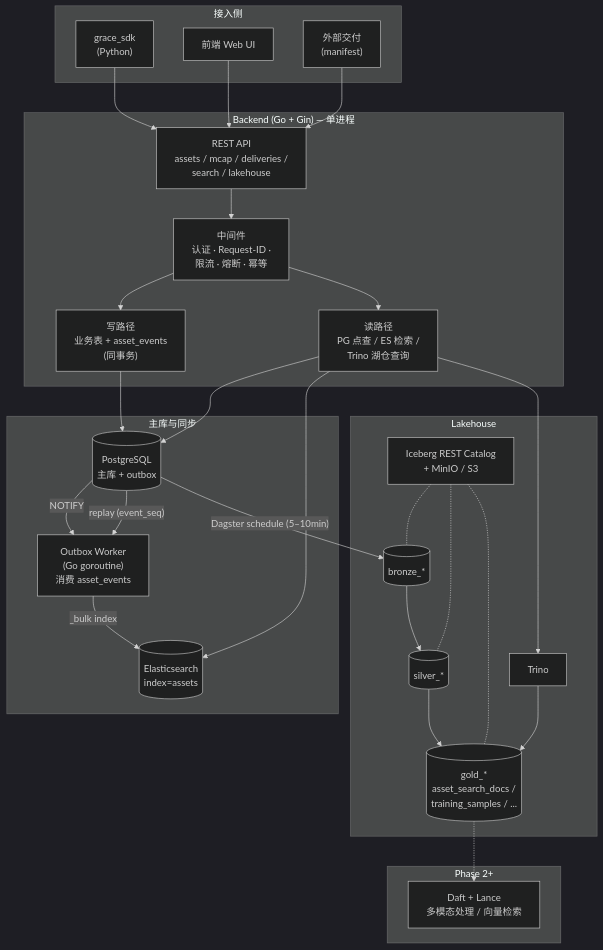
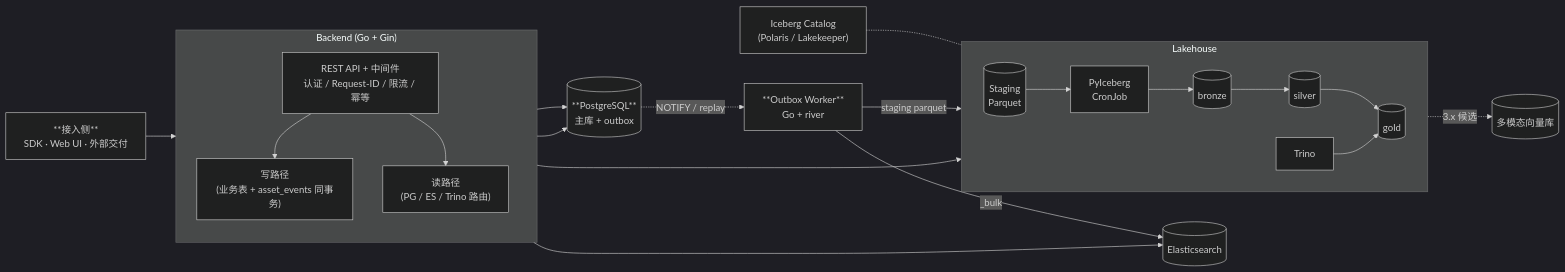
Before and after one commit to rouse2617/Databricks4robot: the first of 9 diagrams in docs/review/data-platform-design.md, drawn with Mermaid (dark theme). The commit also changed other lines of this file and 3 other files, not shown here.

First line of the commit message:
docs(review): switch to river/PyIceberg/Polaris stack, add capacity & UUIDv7 plan, compact diagrams

````diff
--- a/docs/review/data-platform-design.md
+++ b/docs/review/data-platform-design.md
@@ -88,58 +88,35 @@
 ```mermaid
-flowchart TD
-    subgraph Users["接入侧"]
-        SDK["grace_sdk<br/>(Python)"]
-        UI["前端 Web UI"]
-        Out["外部交付<br/>(manifest)"]
+flowchart LR
+    Users["**接入侧**<br/>SDK · Web UI · 外部交付"]
+
+    subgraph BE["Backend (Go + Gin)"]
+        direction TB
+        API["REST API + 中间件<br/>认证 / Request-ID / 限流 / 幂等"]
+        WR["写路径<br/>(业务表 + asset_events 同事务)"]
+        RD["读路径<br/>(PG / ES / Trino 路由)"]
+        API --> WR
+        API --> RD
     end
 
-    subgraph BE["Backend (Go + Gin) — 单进程"]
-        API["REST API<br/>assets / mcap / deliveries /<br/>search / lakehouse"]
-        MW["中间件<br/>认证 · Request-ID ·<br/>限流 · 熔断 · 幂等"]
-        WP["写路径<br/>业务表 + asset_events<br/>(同事务)"]
-        RP["读路径<br/>PG 点查 / ES 检索 /<br/>Trino 湖仓查询"]
-    end
-
-    subgraph Core["主库与同步"]
-        PG[("PostgreSQL<br/>主库 + outbox")]
-        Worker["Outbox Worker<br/>(Go goroutine)<br/>消费 asset_events"]
-        ES[("Elasticsearch<br/>index=assets")]
-    end
+    PG[("**PostgreSQL**<br/>主库 + outbox")]
+    Worker["**Outbox Worker**<br/>Go + river"]
+    ES[("Elasticsearch")]
 
     subgraph Lake["Lakehouse"]
-        Catalog["Iceberg REST Catalog<br/>+ MinIO / S3"]
-        Bronze[("bronze_*")]
-        Silver[("silver_*")]
-        Gold[("gold_*<br/>asset_search_docs /<br/>training_samples / ...")]
-        Trino["Trino"]
+        direction LR
+        Staging[("Staging<br/>Parquet")] --> Cron["PyIceberg<br/>CronJob"]
+        Cron --> Bronze[("bronze")] --> Silver[("silver")] --> Gold[("gold")]
+        Trino["Trino"] --> Gold
     end
+    Catalog["Iceberg Catalog<br/>(Polaris / Lakekeeper)"] -.- Bronze
 
-    subgraph P2["Phase 2+"]
-        Multi["Daft + Lance<br/>多模态处理 / 向量检索"]
-    end
-
-    SDK --> API
-    UI --> API
-    Out --> API
-    API --> MW
-    MW --> WP
-    MW --> RP
-
-    WP --> PG
-    PG -- "NOTIFY" --> Worker
-    Worker -- "_bulk index" --> ES
-    PG -- "replay (event_seq)" --> Worker
-
-    PG -- "Dagster schedule (5–10min)" --> Bronze
-    Bronze --> Silver --> Gold
-    Catalog -.- Bronze
-    Catalog -.- Silver
-    Catalog -.- Gold
-    Trino --> Gold
-
-    RP --> PG
-    RP --> ES
-    RP --> Trino
-
-    Gold -.-> Multi
+    Users --> API
+    WR --> PG
+    PG -. NOTIFY / replay .-> Worker
+    Worker -- _bulk --> ES
+    Worker -- staging parquet --> Staging
+    RD --> PG
+    RD --> ES
+    RD --> Trino
+    Gold -.->|3.x 候选| Vec[("多模态向量库")]
 ```
````
